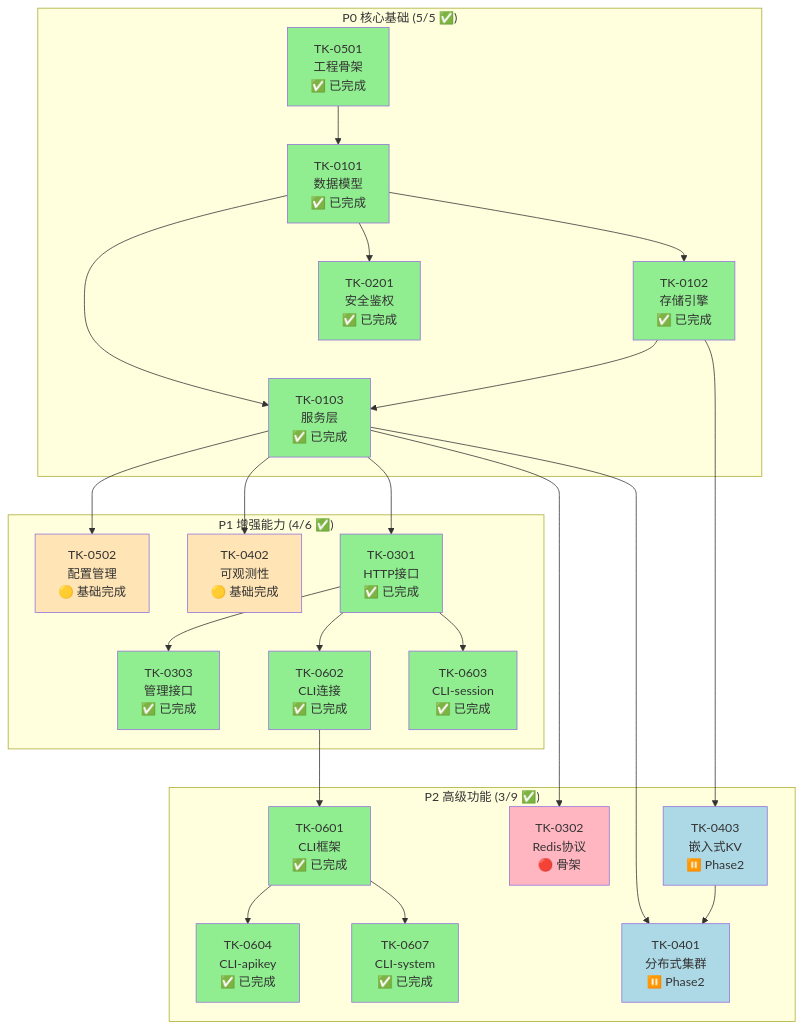
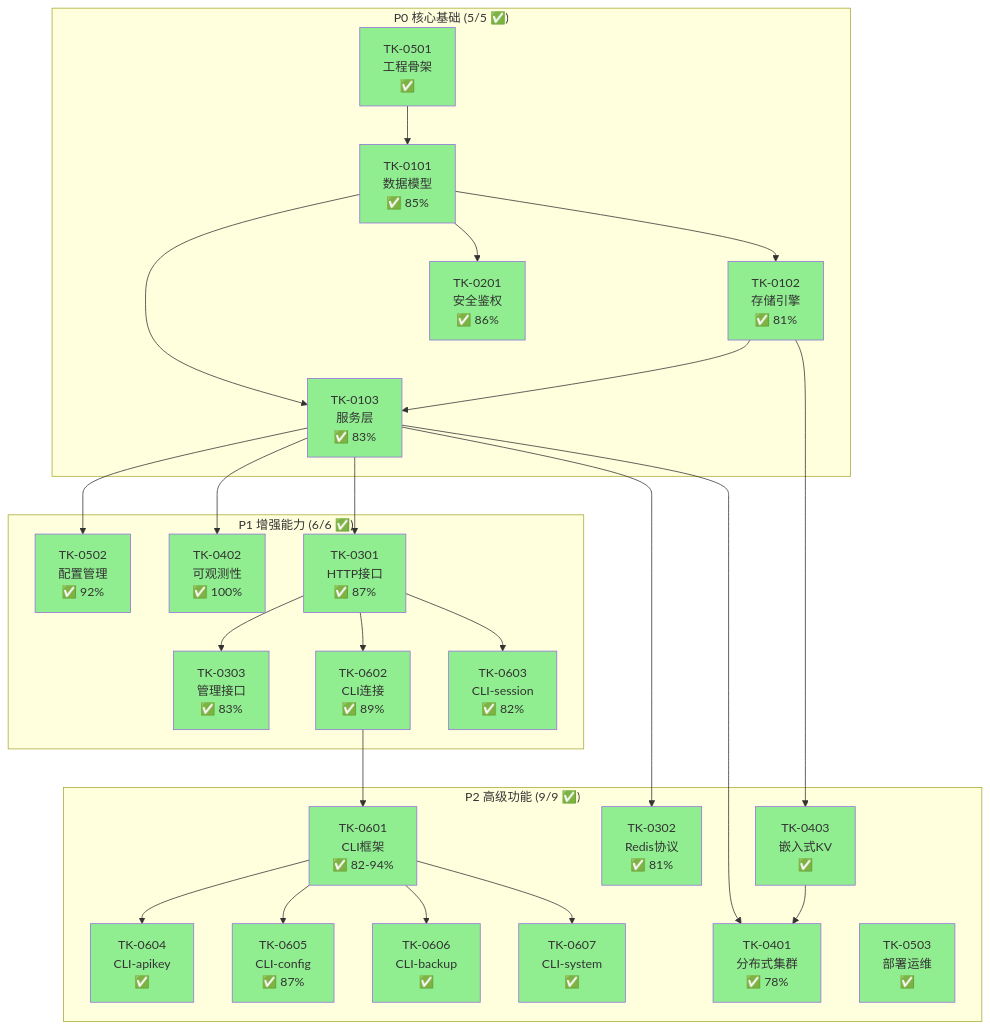
Before and after one commit to yndnr/tokmesh-go: the diagram in specs/3-tasks/README.md, drawn with Mermaid. The commit also changed other lines of this file and 2 other files, not shown here.

````diff
--- a/specs/3-tasks/README.md
+++ b/specs/3-tasks/README.md
@@ -66,62 +67,63 @@
 ```mermaid
 graph TD
     subgraph P0["P0 核心基础 (5/5 ✅)"]
-        TK0501[TK-0501<br>工程骨架<br>✅ 已完成]
-        TK0101[TK-0101<br>数据模型<br>✅ 已完成]
-        TK0102[TK-0102<br>存储引擎<br>✅ 已完成]
-        TK0103[TK-0103<br>服务层<br>✅ 已完成]
-        TK0201[TK-0201<br>安全鉴权<br>✅ 已完成]
+        TK0501[TK-0501<br>工程骨架<br>✅]
+        TK0101[TK-0101<br>数据模型<br>✅ 85%]
+        TK0102[TK-0102<br>存储引擎<br>✅ 81%]
+        TK0103[TK-0103<br>服务层<br>✅ 83%]
+        TK0201[TK-0201<br>安全鉴权<br>✅ 86%]
     end
 
-    subgraph P1["P1 增强能力 (4/6 ✅)"]
-        TK0502[TK-0502<br>配置管理<br>🟡 基础完成]
-        TK0402[TK-0402<br>可观测性<br>🟡 基础完成]
-        TK0301[TK-0301<br>HTTP接口<br>✅ 已完成]
-        TK0303[TK-0303<br>管理接口<br>✅ 已完成]
-        TK0602[TK-0602<br>CLI连接<br>✅ 已完成]
-        TK0603[TK-0603<br>CLI-session<br>✅ 已完成]
+    subgraph P1["P1 增强能力 (6/6 ✅)"]
+        TK0502[TK-0502<br>配置管理<br>✅ 92%]
+        TK0402[TK-0402<br>可观测性<br>✅ 100%]
+        TK0301[TK-0301<br>HTTP接口<br>✅ 87%]
+        TK0303[TK-0303<br>管理接口<br>✅ 83%]
+        TK0602[TK-0602<br>CLI连接<br>✅ 89%]
+        TK0603[TK-0603<br>CLI-session<br>✅ 82%]
     end
 
-    subgraph P2["P2 高级功能 (3/9 ✅)"]
-        TK0601[TK-0601<br>CLI框架<br>✅ 已完成]
-        TK0604[TK-0604<br>CLI-apikey<br>✅ 已完成]
-        TK0607[TK-0607<br>CLI-system<br>✅ 已完成]
-        TK0302[TK-0302<br>Redis协议<br>🔴 骨架]
-        TK0401[TK-0401<br>分布式集群<br>⏸️ Phase2]
-        TK0403[TK-0403<br>嵌入式KV<br>⏸️ Phase2]
+    subgraph P2["P2 高级功能 (9/9 ✅)"]
+        TK0601[TK-0601<br>CLI框架<br>✅ 82-94%]
+        TK0604[TK-0604<br>CLI-apikey<br>✅]
+        TK0605[TK-0605<br>CLI-config<br>✅ 87%]
+        TK0606[TK-0606<br>CLI-backup<br>✅]
+        TK0607[TK-0607<br>CLI-system<br>✅]
+        TK0302[TK-0302<br>Redis协议<br>✅ 81%]
+        TK0401[TK-0401<br>分布式集群<br>✅ 78%]
+        TK0403[TK-0403<br>嵌入式KV<br>✅]
+        TK0503[TK-0503<br>部署运维<br>✅]
     end
 
     %% P0 内部依赖
     TK0501 --> TK0101
     TK0101 --> TK0102
     TK0101 --> TK0103
     TK0102 --> TK0103
     TK0101 --> TK0201
 
     %% P1 依赖 P0
     TK0103 --> TK0502
     TK0103 --> TK0402
     TK0103 --> TK0301
     TK0301 --> TK0303
     TK0301 --> TK0602
     TK0301 --> TK0603
 
     %% P2 依赖 P1
     TK0602 --> TK0601
     TK0601 --> TK0604
+    TK0601 --> TK0605
+    TK0601 --> TK0606
     TK0601 --> TK0607
     TK0103 --> TK0302
     TK0103 --> TK0401
     TK0102 --> TK0403
     TK0403 --> TK0401
 
     classDef completed fill:#90EE90
-    classDef partial fill:#FFE4B5
-    classDef skeleton fill:#FFB6C1
-    classDef pending fill:#ADD8E6
 
-    class TK0501,TK0101,TK0102,TK0103,TK0201,TK0301,TK0303,TK0602,TK0603,TK0601,TK0604,TK0607 completed
-    class TK0502,TK0402 partial
-    class TK0302 skeleton
-    class TK0401,TK0403 pending
+    class TK0501,TK0101,TK0102,TK0103,TK0201 completed
+    class TK0502,TK0402,TK0301,TK0303,TK0602,TK0603 completed
+    class TK0601,TK0604,TK0605,TK0606,TK0607,TK0302,TK0401,TK0403,TK0503 completed
 ```
````
